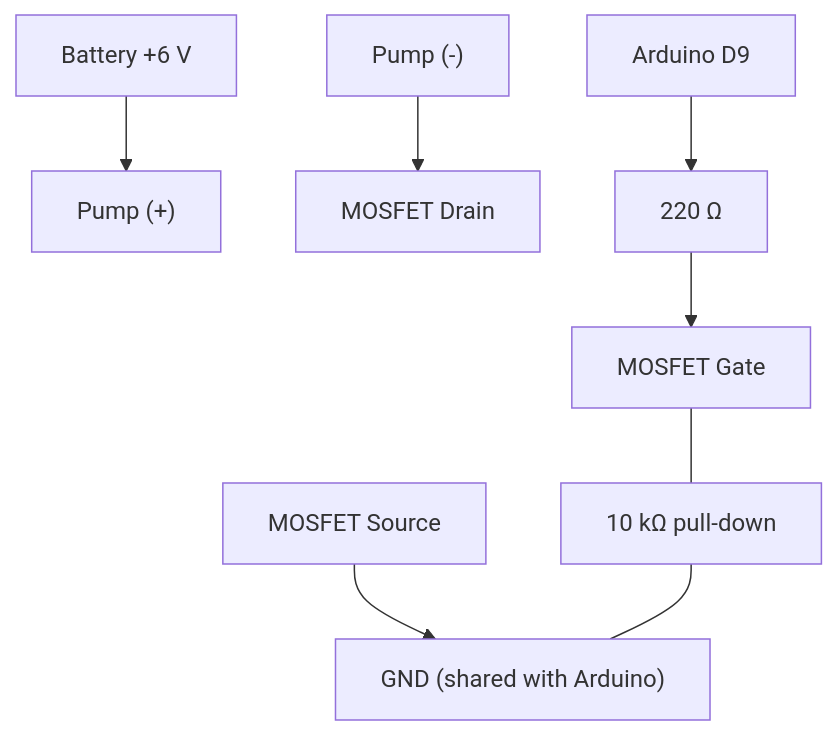
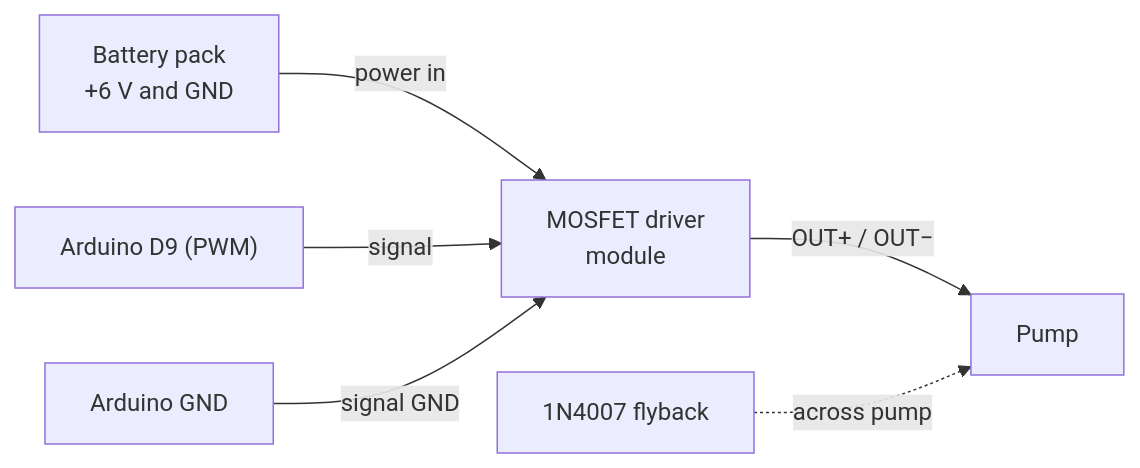
One commit to Rollie321/acads-notes changed the diagram in Feedback/Finals/Project/project-1/02-material-requirements.md. Above: the diagram before and after it, drawn with Mermaid. The commit also changed other lines of this file and 2 other files, not shown here.

Commit message:
use motor driver instead of separate MOSFET

````diff
--- a/Feedback/Finals/Project/project-1/02-material-requirements.md
+++ b/Feedback/Finals/Project/project-1/02-material-requirements.md
@@ -137,8 +146,8 @@
 ```mermaid
-flowchart TD
-    BP["Battery +6 V"] --> PP["Pump (+)"]
-    PM["Pump (-)"] --> DR["MOSFET Drain"]
-    SR["MOSFET Source"] --> GN["GND (shared with Arduino)"]
-    D9["Arduino D9"] --> RG["220 Ω"] --> GT["MOSFET Gate"]
-    GT --- PD["10 kΩ pull-down"] --- GN
+flowchart LR
+    BAT["Battery pack<br/>+6 V and GND"] -->|"power in"| DRV["MOSFET driver<br/>module"]
+    D9["Arduino D9 (PWM)"] -->|"signal"| DRV
+    NG["Arduino GND"] -->|"signal GND"| DRV
+    DRV -->|"OUT+ / OUT−"| PUMP["Pump"]
+    DIO["1N4007 flyback"] -.->|"across pump"| PUMP
 ```
````
